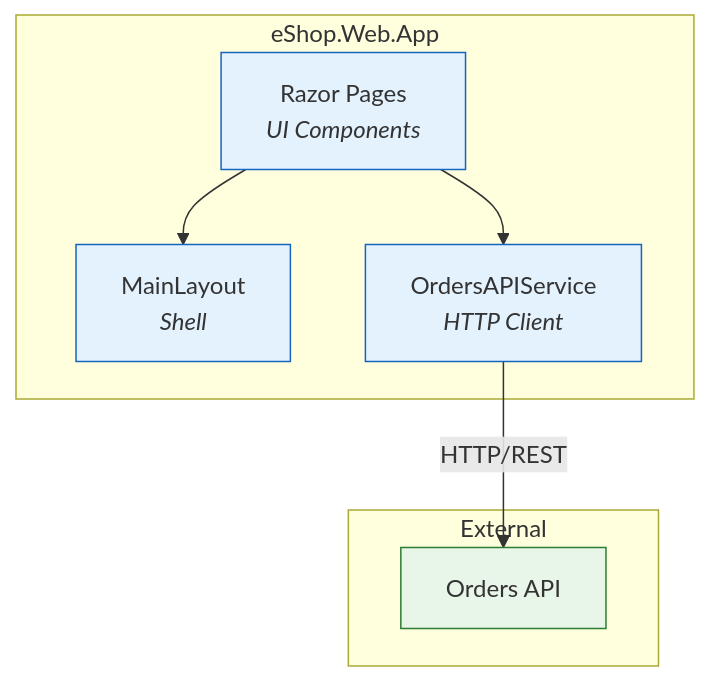
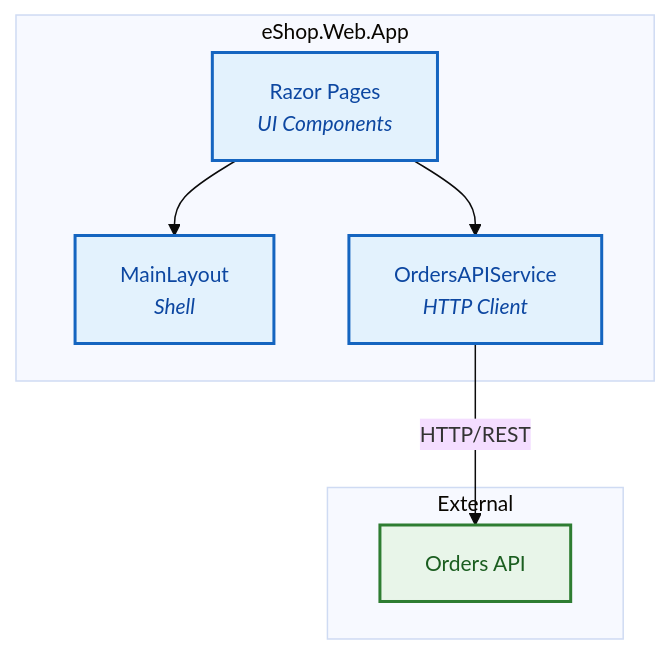
One commit to Evilazaro/Azure-LogicApps-Monitoring changed the third of 5 diagrams in docs/architecture/03-application-architecture.md. Above: the diagram before and after it, drawn with Mermaid. The commit also changed other lines of this file, not shown here.

Commit message:
Enhance application architecture documentation with improved Mermaid diagram styles and accessibility features

````diff
--- a/docs/architecture/03-application-architecture.md
+++ b/docs/architecture/03-application-architecture.md
@@ -200,22 +203,24 @@
 ```mermaid
+%%{init: {'theme': 'base', 'themeVariables': { 'fontSize': '14px'}}}%%
 flowchart TB
     subgraph WebApp["eShop.Web.App"]
         Pages["Razor Pages<br/><i>UI Components</i>"]
         Layout["MainLayout<br/><i>Shell</i>"]
         APIService["OrdersAPIService<br/><i>HTTP Client</i>"]
     end
 
     subgraph External["External"]
         API["Orders API"]
     end
 
     Pages --> Layout
     Pages --> APIService
     APIService -->|"HTTP/REST"| API
 
-    classDef internal fill:#e3f2fd,stroke:#1565c0
-    classDef external fill:#e8f5e9,stroke:#2e7d32
+    %% Accessible color palette
+    classDef internal fill:#e3f2fd,stroke:#1565c0,stroke-width:2px,color:#0d47a1
+    classDef external fill:#e8f5e9,stroke:#2e7d32,stroke-width:2px,color:#1b5e20
 
     class Pages,Layout,APIService internal
     class API external
 ```
````
